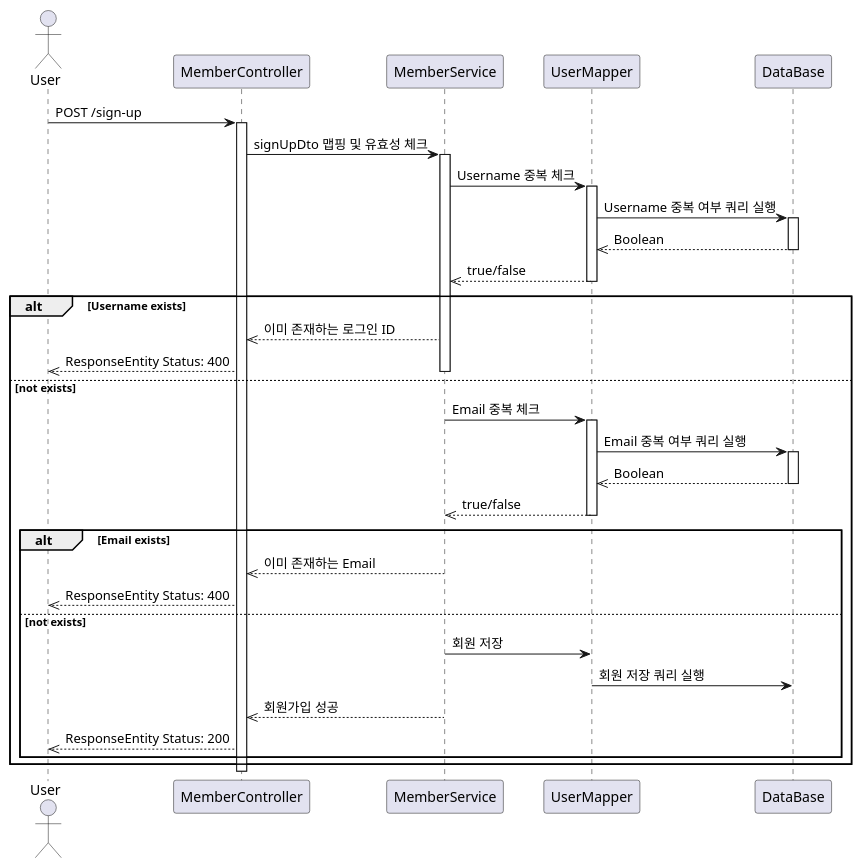
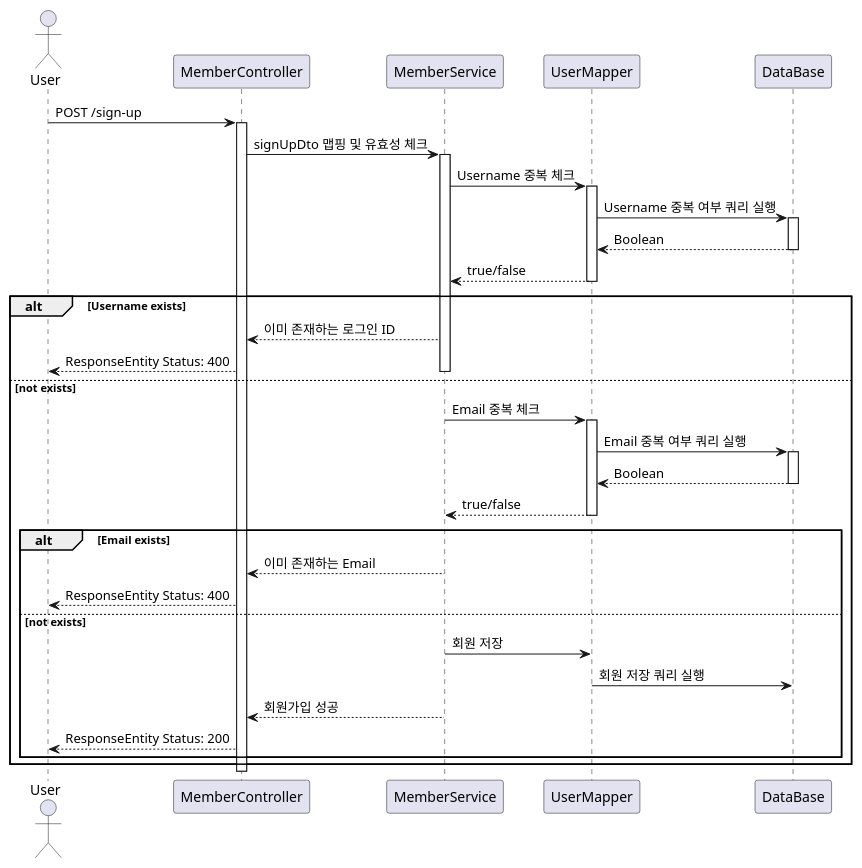
The diagram in Sequence_diagram/memberSequence.puml (HyunSense/Rest_board), drawn with PlantUML before and after one commit. The commit also changed 5 other files, not shown here.

Commit message:
Sequence diagram 수정

```diff
--- a/Sequence_diagram/memberSequence.puml
+++ b/Sequence_diagram/memberSequence.puml
@@ -1,55 +1,55 @@
 @startuml
 actor User
 
 User -> MemberController: POST /sign-up
 activate MemberController
 
 MemberController -> MemberService: signUpDto 맵핑 및 유효성 체크
 activate MemberService
 
 MemberService -> UserMapper: Username 중복 체크
 activate UserMapper
 
 UserMapper -> DataBase : Username 중복 여부 쿼리 실행
 activate DataBase
 
-DataBase -->> UserMapper: Boolean
+DataBase --> UserMapper: Boolean
 deactivate DataBase
-UserMapper -->> MemberService: true/false
+UserMapper --> MemberService: true/false
 deactivate UserMapper
 
 alt Username exists
-    MemberService -->> MemberController: 이미 존재하는 로그인 ID
-    MemberController -->> User: ResponseEntity Status: 400
+    MemberService --> MemberController: 이미 존재하는 로그인 ID
+    MemberController --> User: ResponseEntity Status: 400
     deactivate MemberService
 
 else not exists
     MemberService -> UserMapper: Email 중복 체크
     activate UserMapper
     UserMapper -> DataBase : Email 중복 여부 쿼리 실행
     activate DataBase
 
-    DataBase -->> UserMapper: Boolean
+    DataBase --> UserMapper: Boolean
     deactivate DataBase
 
-    UserMapper -->> MemberService: true/false
+    UserMapper --> MemberService: true/false
     deactivate UserMapper
 
     alt Email exists
-        MemberService -->> MemberController: 이미 존재하는 Email
+        MemberService --> MemberController: 이미 존재하는 Email
         deactivate MemberService
-        MemberController -->> User: ResponseEntity Status: 400
+        MemberController --> User: ResponseEntity Status: 400
 
     else not exists
         MemberService -> UserMapper: 회원 저장
         UserMapper -> DataBase: 회원 저장 쿼리 실행
 
-        MemberService -->> MemberController: 회원가입 성공
+        MemberService --> MemberController: 회원가입 성공
         deactivate MemberService
-        MemberController -->> User: ResponseEntity Status: 200
+        MemberController --> User: ResponseEntity Status: 200
     end
 end
 
 deactivate MemberController
 
 @enduml
```
